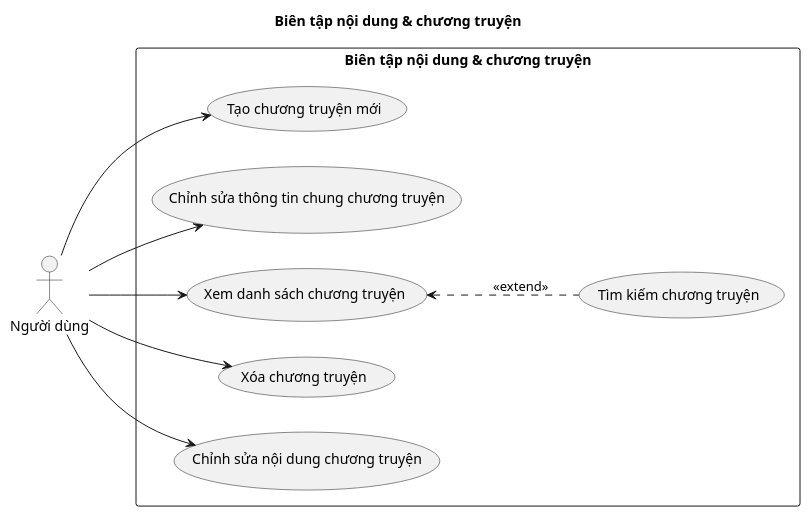
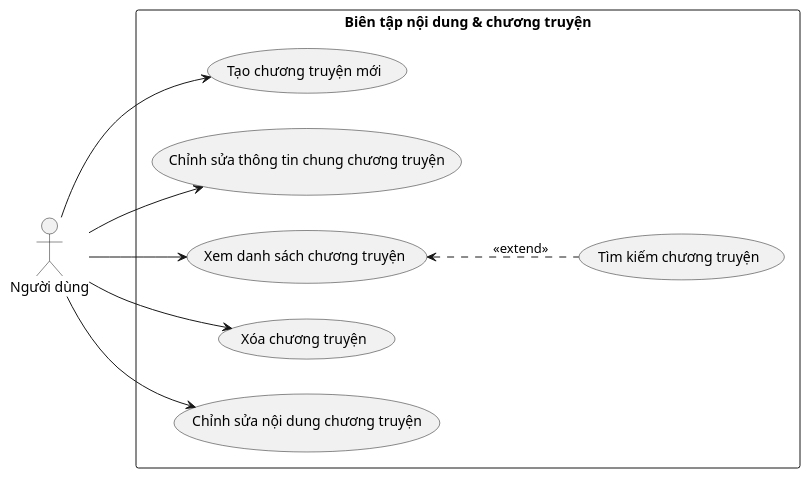
One commit to 202416852-anhpv/story2video-docs changed the diagram in docs/use-case-diagrams/quan-ly-chuong-truyen.puml. Above: the diagram before and after it, drawn with PlantUML. The commit also changed 10 other files, not shown here.

```diff
--- a/docs/use-case-diagrams/quan-ly-chuong-truyen.puml
+++ b/docs/use-case-diagrams/quan-ly-chuong-truyen.puml
@@ -1,24 +1,23 @@
 @startuml quan-ly-chuong-truyen
-title Biên tập nội dung & chương truyện
 left to right direction
 
 actor "Người dùng" as User
 
 rectangle "Biên tập nội dung & chương truyện" {
     usecase "Tạo chương truyện mới" as UC_01
     usecase "Chỉnh sửa thông tin chung chương truyện" as UC_02
     usecase "Xem danh sách chương truyện" as UC_03
     usecase "Xóa chương truyện" as UC_04
     usecase "Tìm kiếm chương truyện" as UC_05
     usecase "Chỉnh sửa nội dung chương truyện" as UC_06
 }
 
 User --> UC_01
 User --> UC_02
 User --> UC_03
 User --> UC_04
 User --> UC_06
 
 UC_03 <.. UC_05 : <<extend>>
 
 @enduml
```
